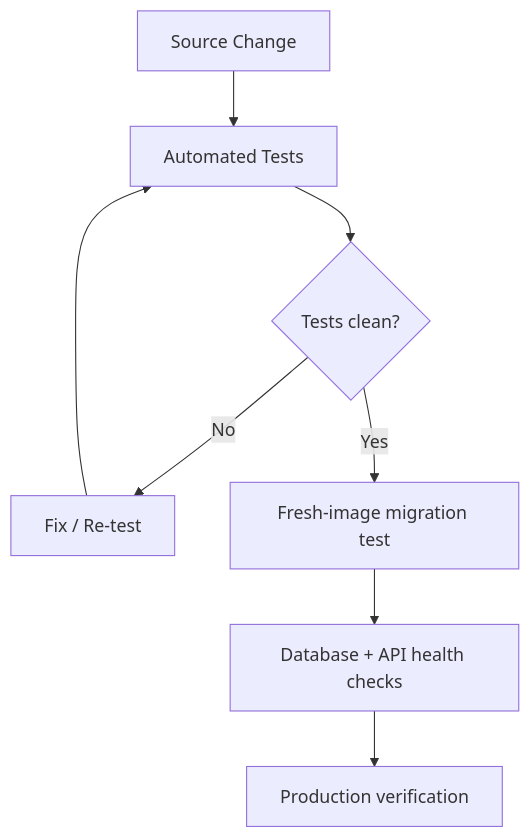
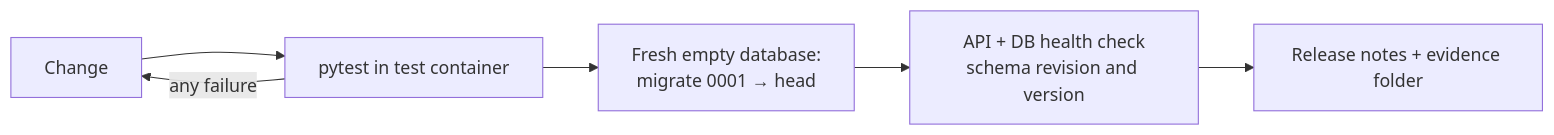
The second of 2 diagrams in architecture/canada-b2b-platform.md (Lukezigger/lukezigger-automation-portfolio), drawn with Mermaid before and after one commit. The commit also changed other lines of this file, not shown here.

Commit message:
Canada architecture: anonymized logical design with failure paths and release gate

````diff
--- a/architecture/canada-b2b-platform.md
+++ b/architecture/canada-b2b-platform.md
@@ -21,10 +23,8 @@
 ```mermaid
-flowchart TD
-    A[Source Change] --> B[Automated Tests]
-    B --> C{Tests clean?}
-    C -- No --> D[Fix / Re-test]
-    D --> B
-    C -- Yes --> E[Fresh-image migration test]
-    E --> F[Database + API health checks]
-    F --> G[Production verification]
+flowchart LR
+    A[Change] --> B[pytest in test container]
+    B -->|any failure| A
+    B --> C[Fresh empty database:<br/>migrate 0001 → head]
+    C --> D[API + DB health check<br/>schema revision and version]
+    D --> E[Release notes + evidence folder]
 ```
````
